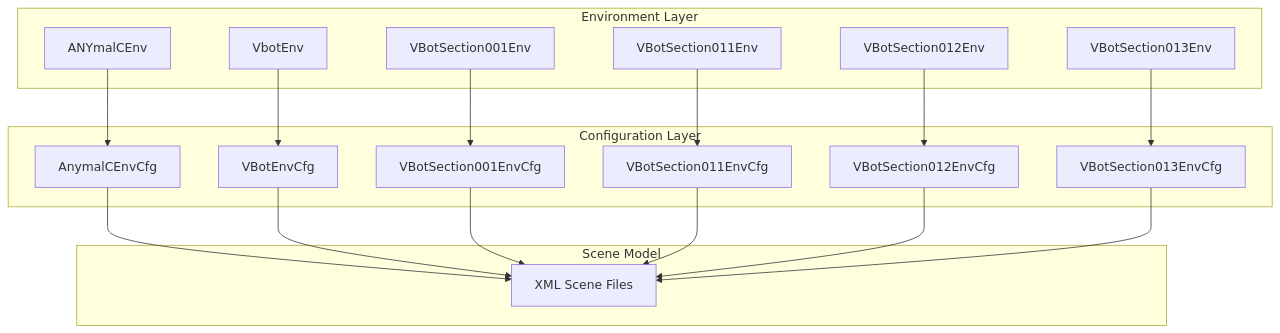
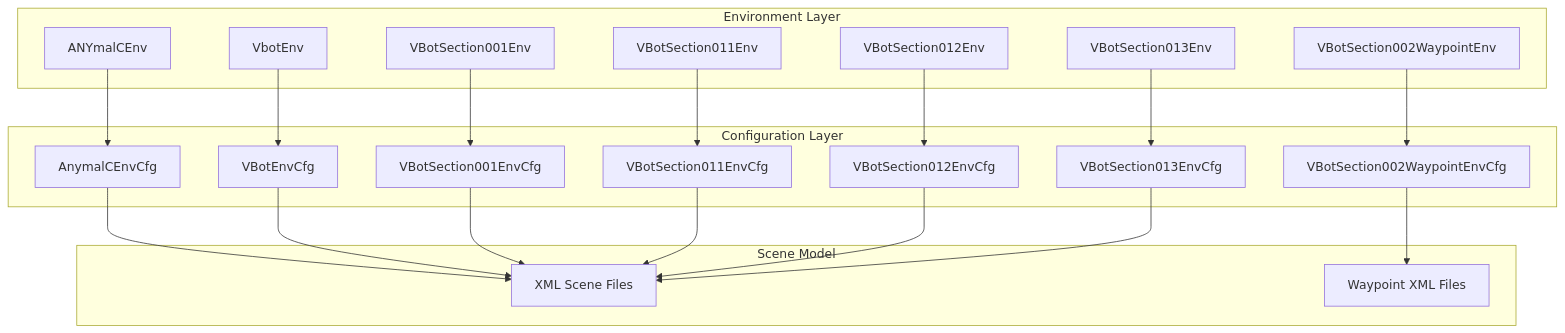
The second of 14 diagrams in .qoder/repowiki/en/content/Navigation Environments/Navigation Environments.md (jayjayhust/MotrixLab), drawn with Mermaid before and after one commit. The commit also changed other lines of this file and 27 other files, not shown here.

````diff
--- a/.qoder/repowiki/en/content/Navigation Environments/Navigation Environments.md
+++ b/.qoder/repowiki/en/content/Navigation Environments/Navigation Environments.md
@@ -108,34 +136,39 @@
 ```mermaid
 graph TB
 subgraph "Environment Layer"
 E1["ANYmalCEnv"]
 E2["VbotEnv"]
 E3["VBotSection001Env"]
 E4["VBotSection011Env"]
 E5["VBotSection012Env"]
 E6["VBotSection013Env"]
+E7["VBotSection002WaypointEnv"]
 end
 subgraph "Configuration Layer"
 C1["AnymalCEnvCfg"]
 C2["VBotEnvCfg"]
 C3["VBotSection001EnvCfg"]
 C4["VBotSection011EnvCfg"]
 C5["VBotSection012EnvCfg"]
 C6["VBotSection013EnvCfg"]
+C7["VBotSection002WaypointEnvCfg"]
 end
 subgraph "Scene Model"
 S1["XML Scene Files"]
+S2["Waypoint XML Files"]
 end
 E1 --> C1
 E2 --> C2
 E3 --> C3
 E4 --> C4
 E5 --> C5
 E6 --> C6
+E7 --> C7
 C1 --> S1
 C2 --> S1
 C3 --> S1
 C4 --> S1
 C5 --> S1
 C6 --> S1
+C7 --> S2
 ```
````
